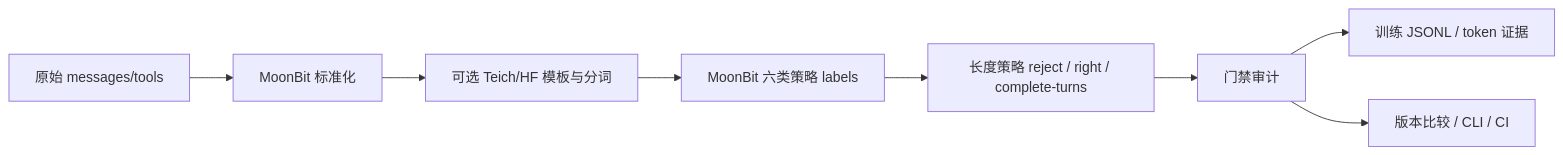
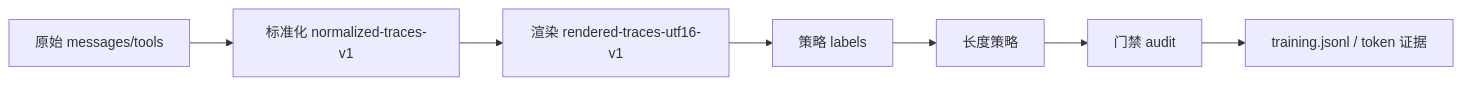
Before and after one commit to FidollarinLA/supervision-audit: the second of 3 diagrams in docs/architecture.md, drawn with Mermaid. The commit also changed other lines of this file and 10 other files, not shown here.

First line of the commit message:
Clarify prepare results and complete the architecture write-up.

````diff
--- a/docs/architecture.md
+++ b/docs/architecture.md
@@ -5,10 +24,9 @@
 ```mermaid
 flowchart LR
-  R[原始 messages/tools] --> N[MoonBit 标准化]
-  N --> T[可选 Teich/HF 模板与分词]
-  T --> L[MoonBit 六类策略 labels]
-  L --> S[长度策略 reject / right / complete-turns]
-  S --> G[门禁审计]
-  G --> J[训练 JSONL / token 证据]
-  G --> C[版本比较 / CLI / CI]
+  R[原始 messages/tools] --> N[标准化 normalized-traces-v1]
+  N --> T[渲染 rendered-traces-utf16-v1]
+  T --> L[策略 labels]
+  L --> S[长度策略]
+  S --> G[门禁 audit]
+  G --> J[training.jsonl / token 证据]
 ```
````
